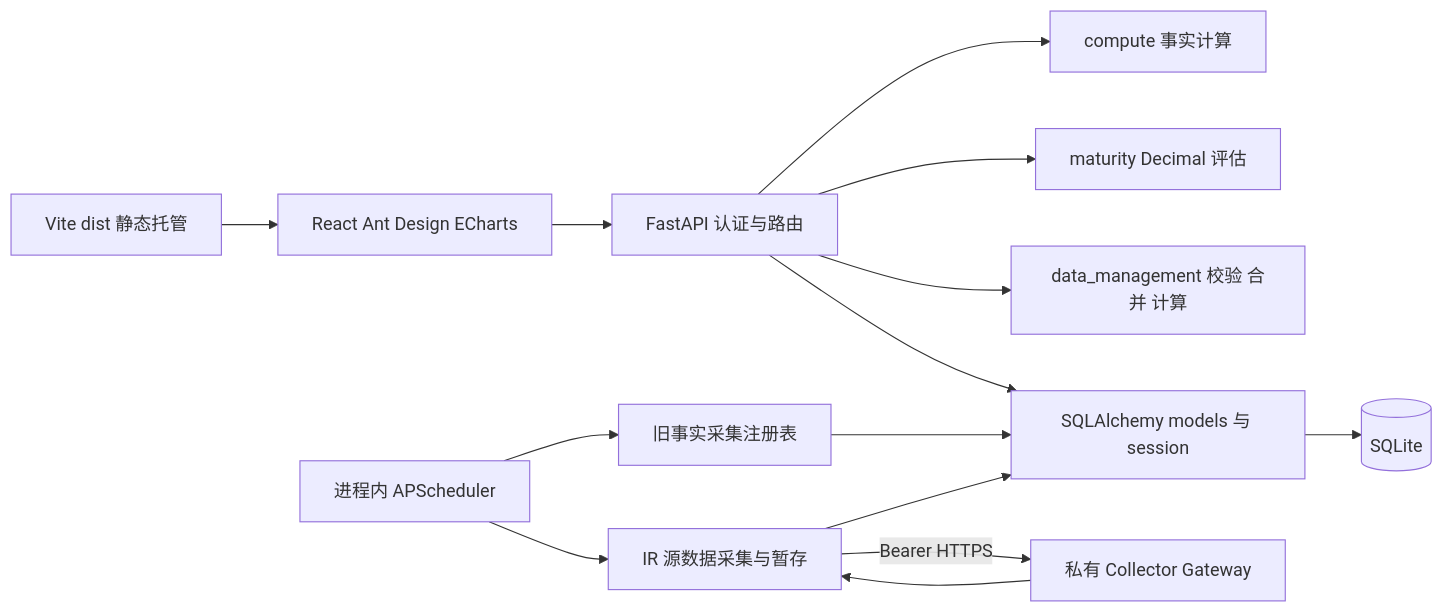
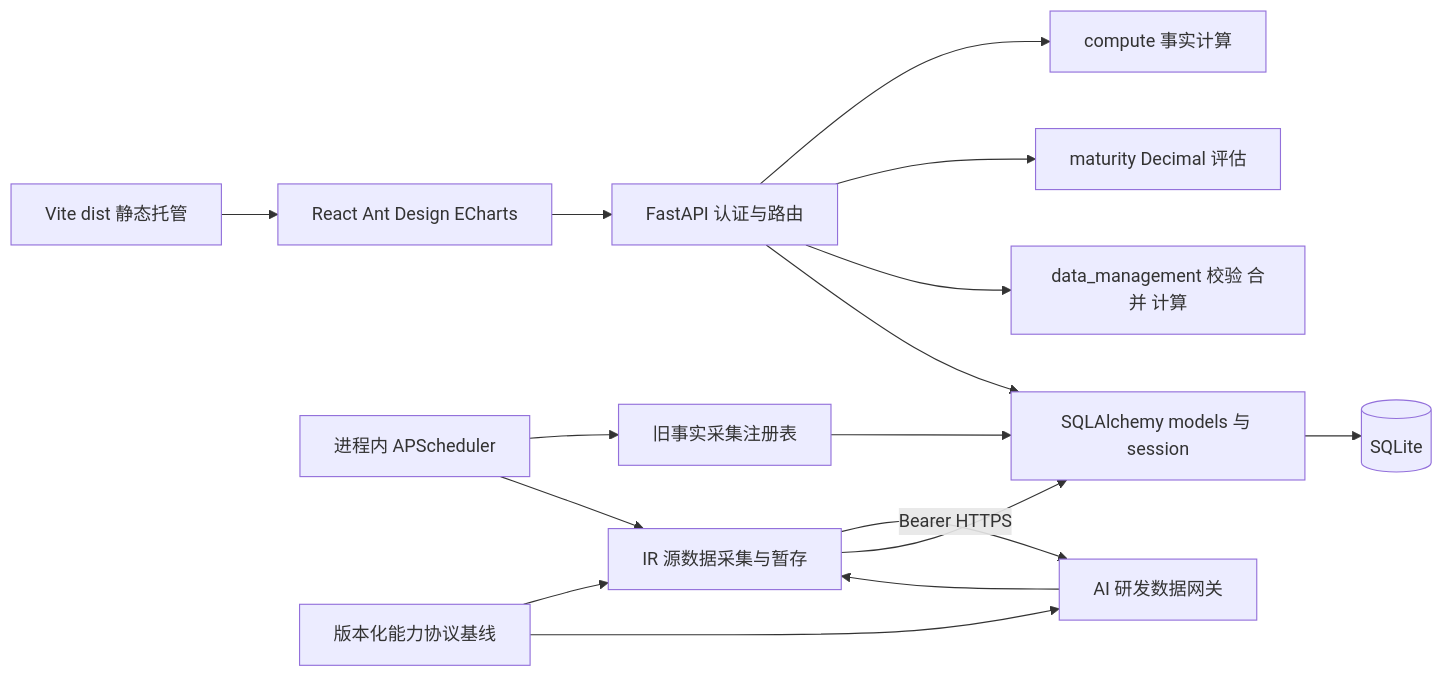
The diagram in docs/architecture/overview.md (X1aoboo/ai-dev-radar), drawn with Mermaid before and after one commit. The commit also changed other lines of this file and 18 other files, not shown here.

````diff
--- a/docs/architecture/overview.md
+++ b/docs/architecture/overview.md
@@ -7,16 +7,18 @@
 ```mermaid
 flowchart LR
     Browser[React Ant Design ECharts] --> API[FastAPI 认证与路由]
     API --> Facts[compute 事实计算]
     API --> Maturity[maturity Decimal 评估]
     API --> Source[data_management 校验 合并 计算]
     API --> ORM[SQLAlchemy models 与 session]
     ORM --> DB[(SQLite)]
     Scheduler[进程内 APScheduler] --> Registry[旧事实采集注册表]
     Registry --> ORM
     Scheduler --> SourceCollection[IR 源数据采集与暂存]
-    SourceCollection -->|Bearer HTTPS| Gateway[私有 Collector Gateway]
+    Contract[版本化能力协议基线] --> SourceCollection
+    Contract --> Gateway[AI 研发数据网关]
+    SourceCollection -->|Bearer HTTPS| Gateway
     Gateway --> SourceCollection
     SourceCollection --> ORM
     Static[Vite dist 静态托管] --> Browser
 ```
````
